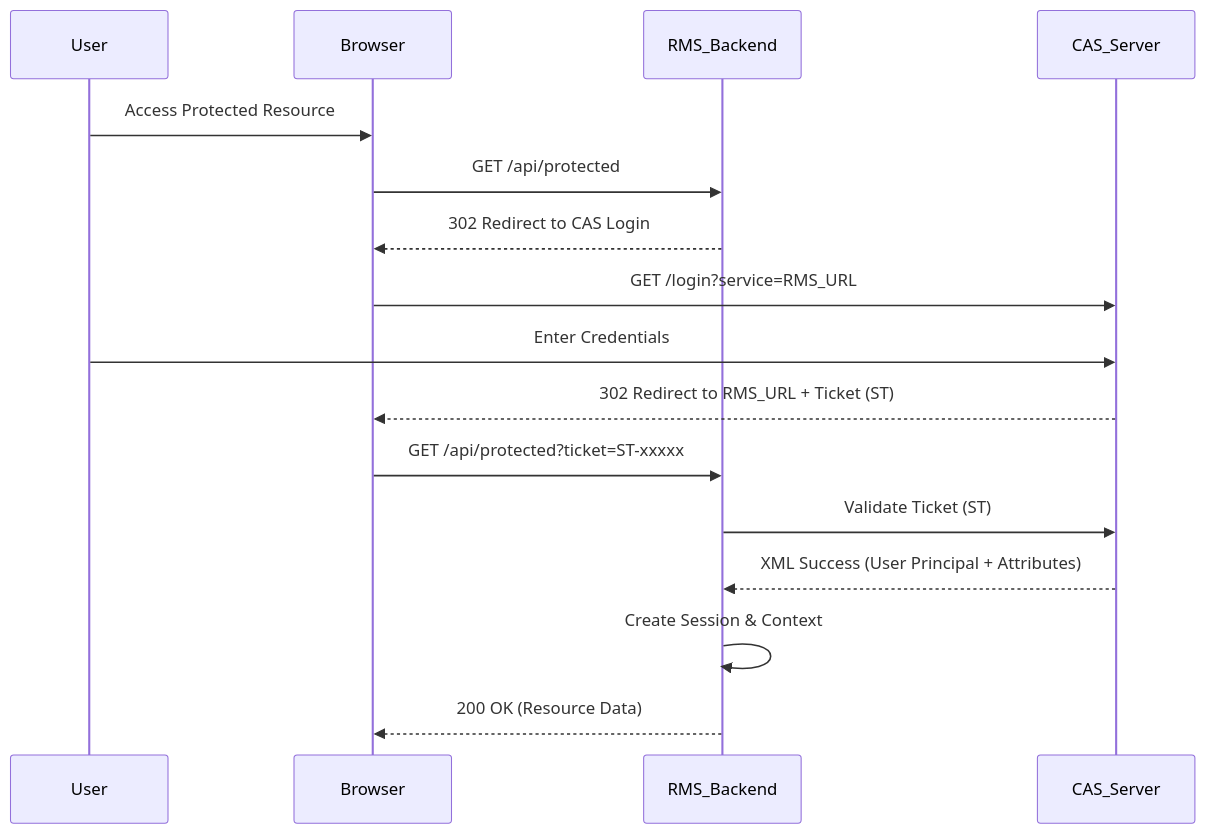
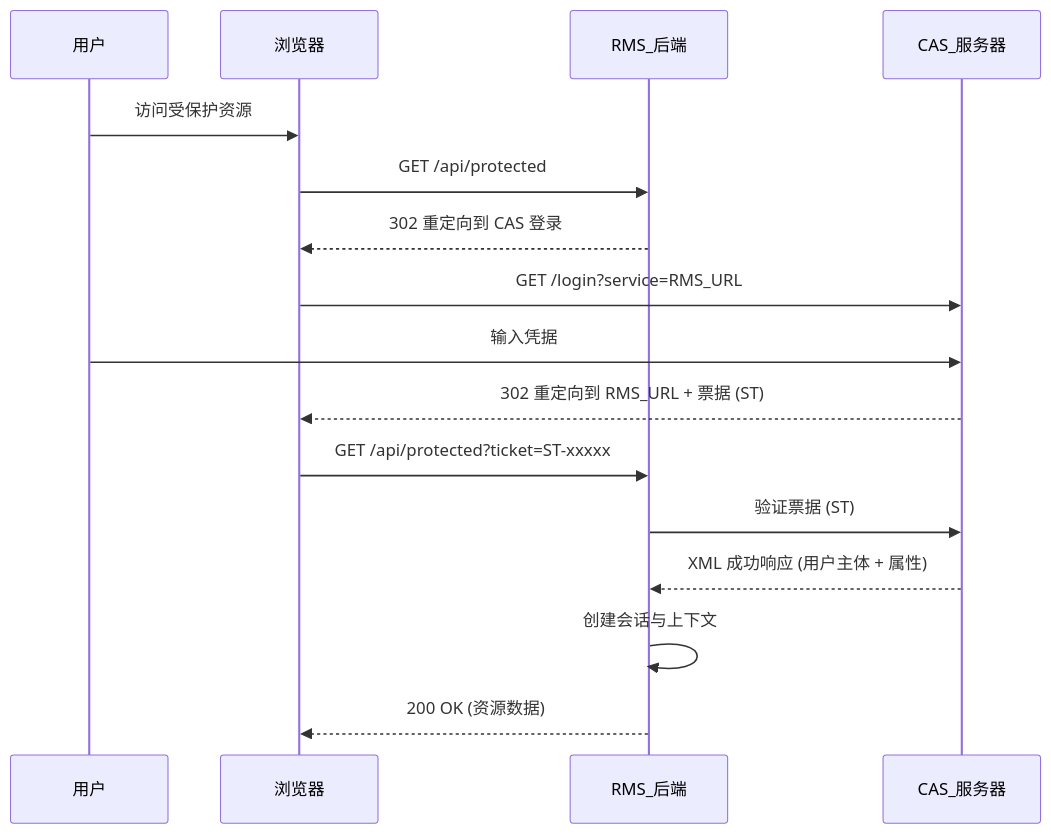
The diagram in SSO_INTEGRATION_PRACTICE.md (alonegg/resource_auth), drawn with Mermaid before and after one commit. The commit also changed other lines of this file and 4 other files, not shown here.

````diff
--- a/SSO_INTEGRATION_PRACTICE.md
+++ b/SSO_INTEGRATION_PRACTICE.md
@@ -25,19 +25,19 @@
 ```mermaid
 sequenceDiagram
-    participant User
-    participant Browser
-    participant RMS_Backend
-    participant CAS_Server
+    participant User as 用户
+    participant Browser as 浏览器
+    participant RMS_Backend as RMS_后端
+    participant CAS_Server as CAS_服务器
 
-    User->>Browser: Access Protected Resource
+    User->>Browser: 访问受保护资源
     Browser->>RMS_Backend: GET /api/protected
-    RMS_Backend-->>Browser: 302 Redirect to CAS Login
+    RMS_Backend-->>Browser: 302 重定向到 CAS 登录
     Browser->>CAS_Server: GET /login?service=RMS_URL
-    User->>CAS_Server: Enter Credentials
-    CAS_Server-->>Browser: 302 Redirect to RMS_URL + Ticket (ST)
+    User->>CAS_Server: 输入凭据
+    CAS_Server-->>Browser: 302 重定向到 RMS_URL + 票据 (ST)
     Browser->>RMS_Backend: GET /api/protected?ticket=ST-xxxxx
-    RMS_Backend->>CAS_Server: Validate Ticket (ST)
-    CAS_Server-->>RMS_Backend: XML Success (User Principal + Attributes)
-    RMS_Backend->>RMS_Backend: Create Session & Context
-    RMS_Backend-->>Browser: 200 OK (Resource Data)
+    RMS_Backend->>CAS_Server: 验证票据 (ST)
+    CAS_Server-->>RMS_Backend: XML 成功响应 (用户主体 + 属性)
+    RMS_Backend->>RMS_Backend: 创建会话与上下文
+    RMS_Backend-->>Browser: 200 OK (资源数据)
 ```
````
